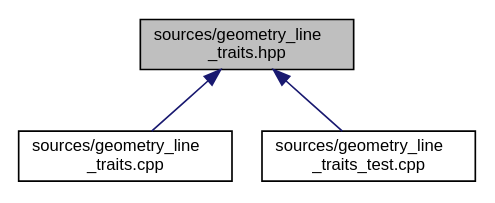
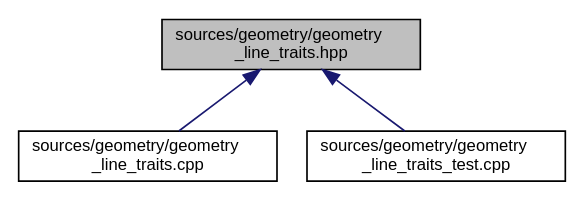
One commit to eliogovea/dev-env-cpp changed the diagram in geometry/documentation/geometry__line__traits_8hpp__dep__incl.dot. Above: the diagram before and after it, drawn with Graphviz. The commit also changed 273 other files, not shown here.

```diff
--- a/geometry/documentation/geometry__line__traits_8hpp__dep__incl.dot
+++ b/geometry/documentation/geometry__line__traits_8hpp__dep__incl.dot
@@ -1,11 +1,11 @@
-digraph "sources/geometry_line_traits.hpp"
+digraph "sources/geometry/geometry_line_traits.hpp"
 {
  // LATEX_PDF_SIZE
   edge [fontname="Helvetica",fontsize="10",labelfontname="Helvetica",labelfontsize="10"];
   node [fontname="Helvetica",fontsize="10",shape=record];
-  Node1 [label="sources/geometry_line\l_traits.hpp",height=0.2,width=0.4,color="black", fillcolor="grey75", style="filled", fontcolor="black",tooltip=" "];
+  Node1 [label="sources/geometry/geometry\l_line_traits.hpp",height=0.2,width=0.4,color="black", fillcolor="grey75", style="filled", fontcolor="black",tooltip=" "];
   Node1 -> Node2 [dir="back",color="midnightblue",fontsize="10",style="solid",fontname="Helvetica"];
-  Node2 [label="sources/geometry_line\l_traits.cpp",height=0.2,width=0.4,color="black", fillcolor="white", style="filled",URL="$geometry__line__traits_8cpp.html",tooltip=" "];
+  Node2 [label="sources/geometry/geometry\l_line_traits.cpp",height=0.2,width=0.4,color="black", fillcolor="white", style="filled",URL="$geometry__line__traits_8cpp.html",tooltip=" "];
   Node1 -> Node3 [dir="back",color="midnightblue",fontsize="10",style="solid",fontname="Helvetica"];
-  Node3 [label="sources/geometry_line\l_traits_test.cpp",height=0.2,width=0.4,color="black", fillcolor="white", style="filled",URL="$geometry__line__traits__test_8cpp.html",tooltip=" "];
+  Node3 [label="sources/geometry/geometry\l_line_traits_test.cpp",height=0.2,width=0.4,color="black", fillcolor="white", style="filled",URL="$geometry__line__traits__test_8cpp.html",tooltip=" "];
 }
```
